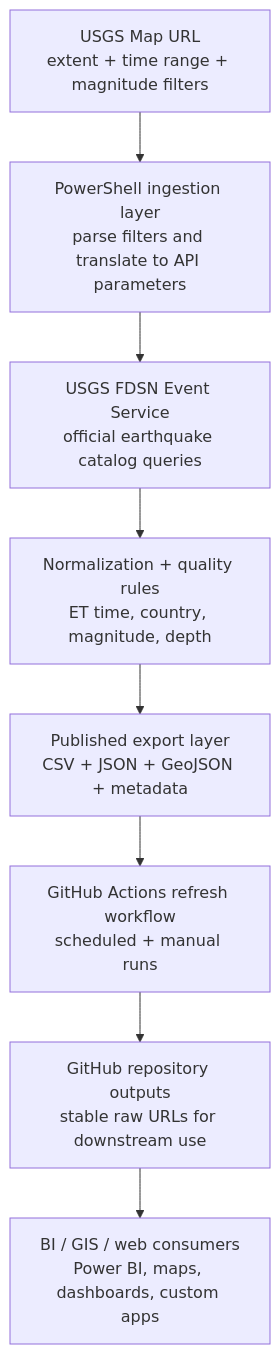
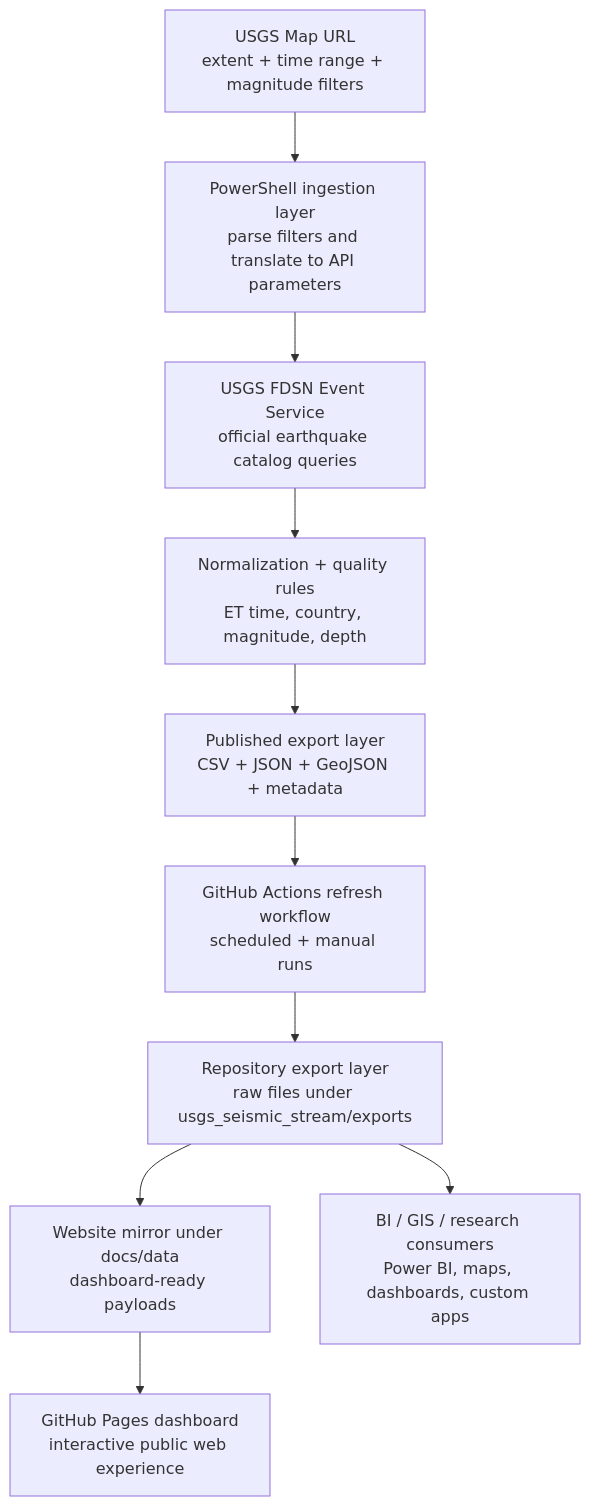
Before and after one commit to IFC-Chalaco/usgs-seismic-dashboard: the diagram in README.md, drawn with Mermaid. The commit also changed other lines of this file, not shown here.

Commit message:
docs: add live dashboard details to readme

````diff
--- a/README.md
+++ b/README.md
@@ -57,10 +75,12 @@
 ```mermaid
 flowchart TD
     A["USGS Map URL<br/>extent + time range + magnitude filters"] --> B["PowerShell ingestion layer<br/>parse filters and translate to API parameters"]
     B --> C["USGS FDSN Event Service<br/>official earthquake catalog queries"]
     C --> D["Normalization + quality rules<br/>ET time, country, magnitude, depth"]
     D --> E["Published export layer<br/>CSV + JSON + GeoJSON + metadata"]
     E --> F["GitHub Actions refresh workflow<br/>scheduled + manual runs"]
-    F --> G["GitHub repository outputs<br/>stable raw URLs for downstream use"]
-    G --> H["BI / GIS / web consumers<br/>Power BI, maps, dashboards, custom apps"]
+    F --> G["Repository export layer<br/>raw files under usgs_seismic_stream/exports"]
+    G --> H["Website mirror under docs/data<br/>dashboard-ready payloads"]
+    H --> I["GitHub Pages dashboard<br/>interactive public web experience"]
+    G --> J["BI / GIS / research consumers<br/>Power BI, maps, dashboards, custom apps"]
 ```
````
